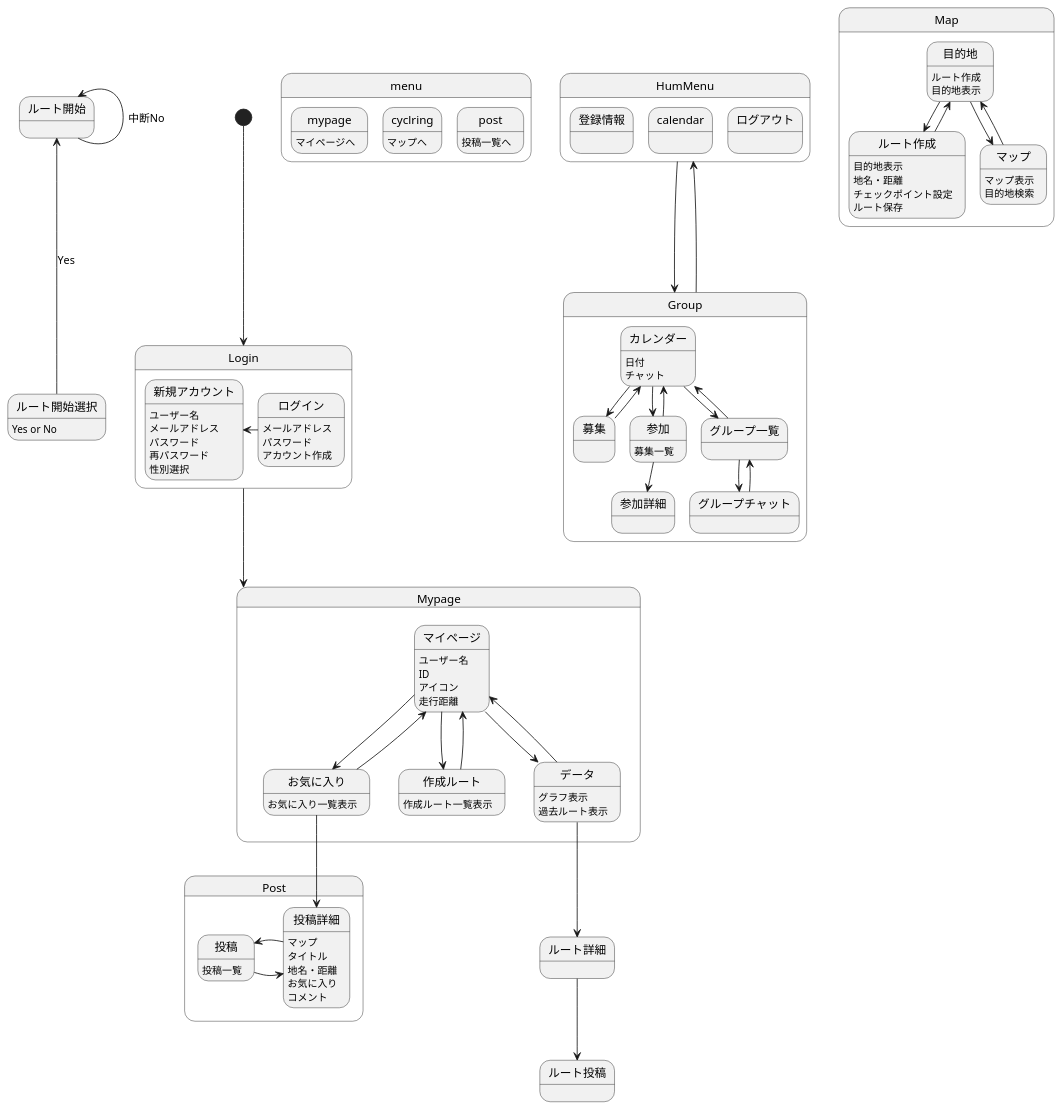
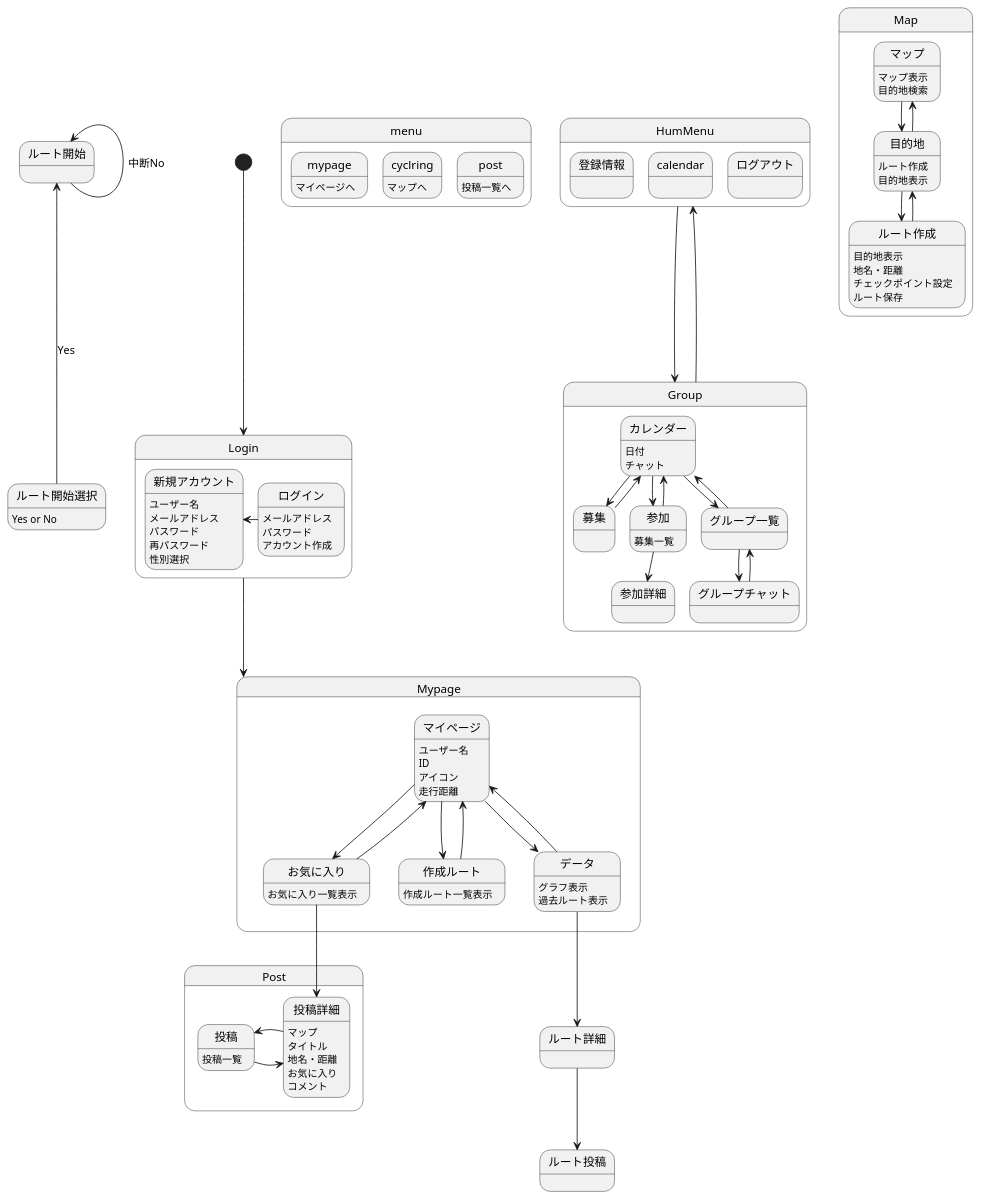
The diagram in 画面遷移図/gm.md (AsoSD3A3/CyclingSystem), drawn with PlantUML before and after one commit.

```diff
--- a/画面遷移図/gm.md
+++ b/画面遷移図/gm.md
@@ -72,7 +72,7 @@
 マップ:マップ表示
 マップ:目的地検索
 マップ-down->目的地
-目的地-->マップ
+目的地-up->マップ
 目的地:ルート作成
 目的地:目的地表示
 目的地-right->ルート作成
```
